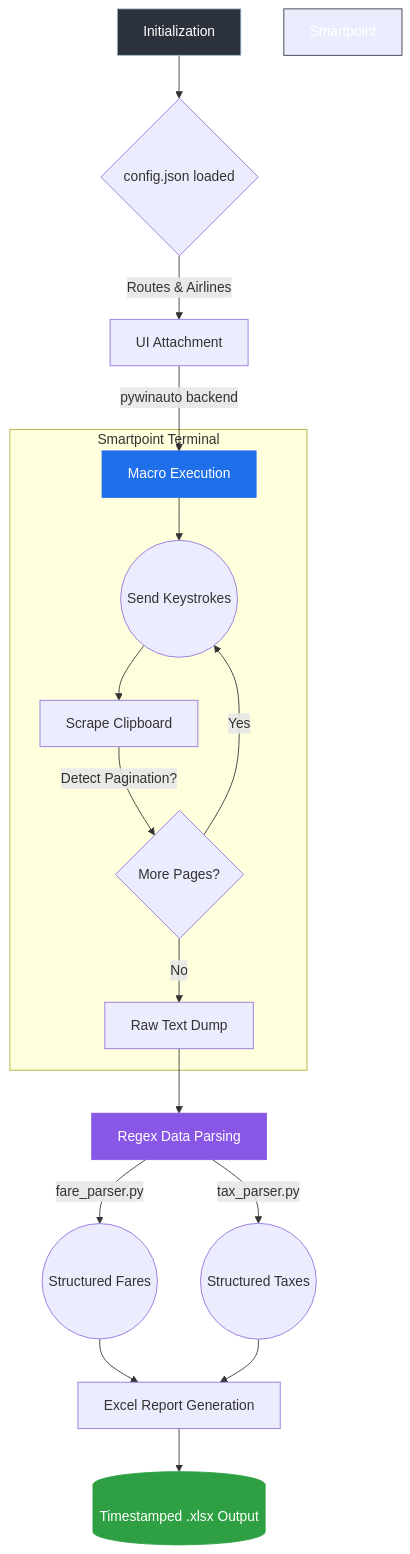
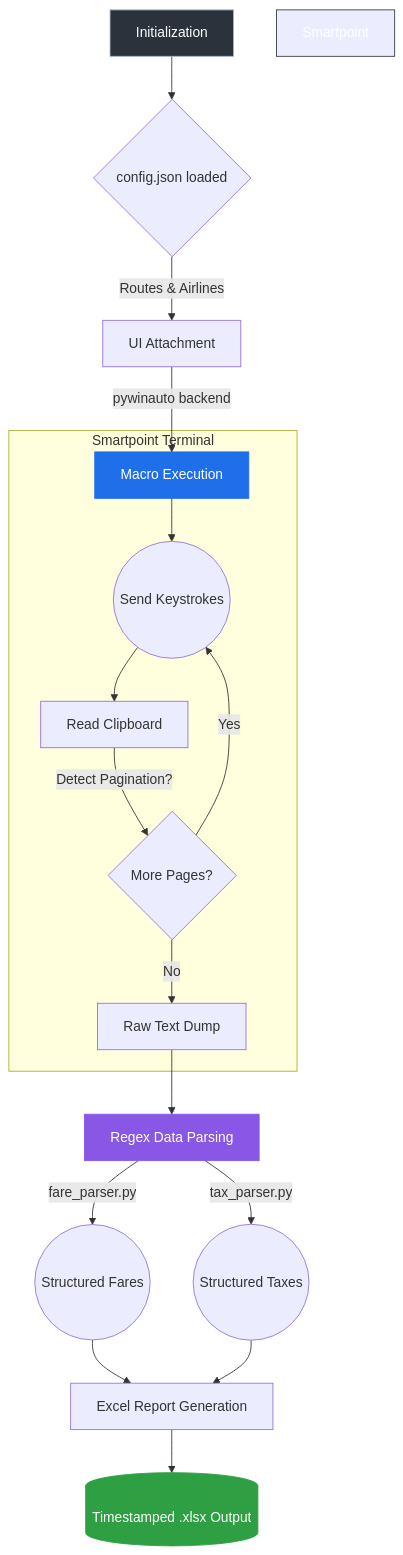
One commit to IhsanKabir/Process_Optimization_Using_pywinauto changed the diagram in README.md. Above: the diagram before and after it, drawn with Mermaid. The commit also changed other lines of this file, not shown here.

````diff
--- a/README.md
+++ b/README.md
@@ -38,28 +38,28 @@
 ```mermaid
 graph TD
     A[Initialization] --> B{config.json loaded}
     B -->|Routes & Airlines| C[UI Attachment]
     C -->|pywinauto backend| D[Macro Execution]
     
     subgraph Smartpoint Terminal
     D --> E((Send Keystrokes))
-    E --> F[Scrape Clipboard]
+    E --> F[Read Clipboard]
     F -->|Detect Pagination?| G{More Pages?}
     G -->|Yes| E
     G -->|No| H[Raw Text Dump]
     end
     
     H --> I[Regex Data Parsing]
     I -->|fare_parser.py| J((Structured Fares))
     I -->|tax_parser.py| K((Structured Taxes))
     
     J --> L[Excel Report Generation]
     K --> L
     L --> M[(Timestamped .xlsx Output)]
     
     style A fill:#2b323b,stroke:#a3b8cc,color:#fff
     style M fill:#2ea043,stroke:#2ea043,color:#fff
     style D fill:#1f6feb,stroke:#1f6feb,color:#fff
     style I fill:#8957e5,stroke:#8957e5,color:#fff
     style Smartpoint Terminal fill:#0d1117,stroke:#30363d,color:#fff
 ```
````
